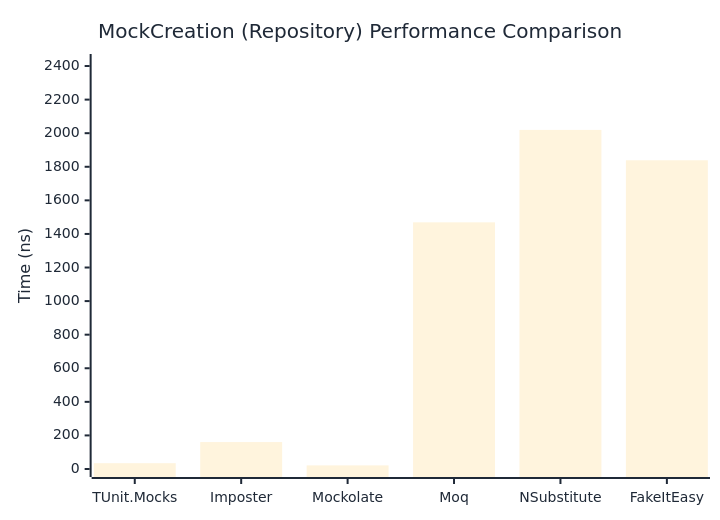
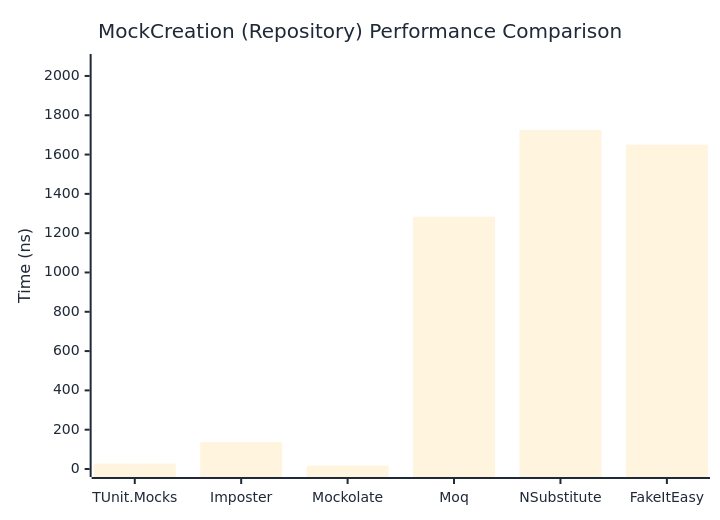
Before and after one commit to thomhurst/TUnit: the second of 2 diagrams in docs/docs/benchmarks/mocks/MockCreation.md, drawn with Mermaid. The commit also changed other lines of this file and 14 other files, not shown here.

````diff
--- a/docs/docs/benchmarks/mocks/MockCreation.md
+++ b/docs/docs/benchmarks/mocks/MockCreation.md
@@ -71,27 +71,27 @@
 ```mermaid
 %%{init: {
   'theme':'base',
   'themeVariables': {
     'primaryColor': '#2563eb',
     'primaryTextColor': '#1f2937',
     'primaryBorderColor': '#1e40af',
     'lineColor': '#6b7280',
     'secondaryColor': '#7c3aed',
     'tertiaryColor': '#dc2626',
     'background': '#ffffff',
     'pie1': '#2563eb',
     'pie2': '#7c3aed',
     'pie3': '#dc2626',
     'pie4': '#f59e0b',
     'pie5': '#10b981',
     'pie6': '#06b6d4',
     'pie7': '#ec4899',
     'pie8': '#6366f1'
   }
 }}%%
 xychart-beta
   title "MockCreation (Repository) Performance Comparison"
   x-axis ["TUnit.Mocks", "Imposter", "Mockolate", "Moq", "NSubstitute", "FakeItEasy"]
-  y-axis "Time (ns)" 0 --> 2424
-  bar [34.54, 160.36, 21.42, 1469.06, 2019.63, 1838.63]
+  y-axis "Time (ns)" 0 --> 2071
+  bar [27.49, 136.84, 17.31, 1283.64, 1725.41, 1650.67]
 ```
````
